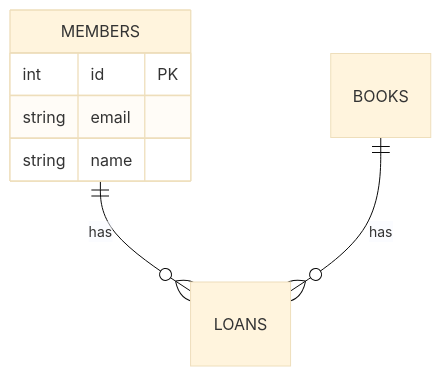
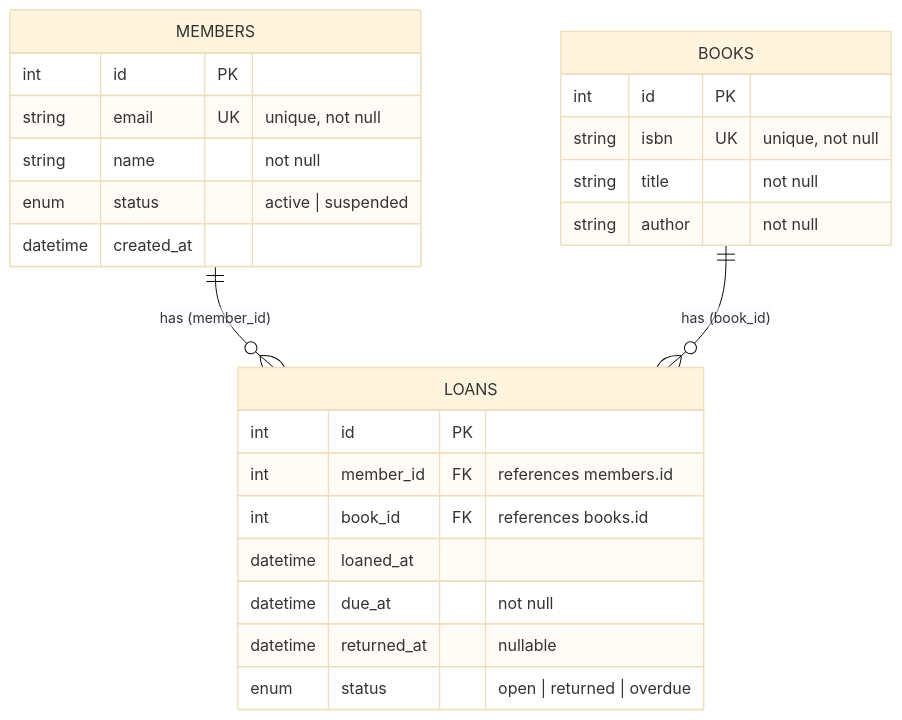
One commit to Puja2028/Project changed the diagram in sample-repo/tasks/I1-er-diagram.md. Above: the diagram before and after it, drawn with Mermaid (base theme). The commit also changed other lines of this file, not shown here.

Commit message:
modified er diagram

````diff
--- a/sample-repo/tasks/I1-er-diagram.md
+++ b/sample-repo/tasks/I1-er-diagram.md
@@ -14,10 +72,30 @@
 ```mermaid
 erDiagram
-    MEMBERS ||--o{ LOANS : has
-    BOOKS ||--o{ LOANS : has
+    MEMBERS ||--o{ LOANS : "has (member_id)"
+    BOOKS ||--o{ LOANS : "has (book_id)"
+
     MEMBERS {
         int id PK
-        string email
-        string name
+        string email UK "unique, not null"
+        string name "not null"
+        enum status "active | suspended"
+        datetime created_at
+    }
+
+    BOOKS {
+        int id PK
+        string isbn UK "unique, not null"
+        string title "not null"
+        string author "not null"
+    }
+
+    LOANS {
+        int id PK
+        int member_id FK "references members.id"
+        int book_id FK "references books.id"
+        datetime loaned_at
+        datetime due_at "not null"
+        datetime returned_at "nullable"
+        enum status "open | returned | overdue"
     }
 ```
````
